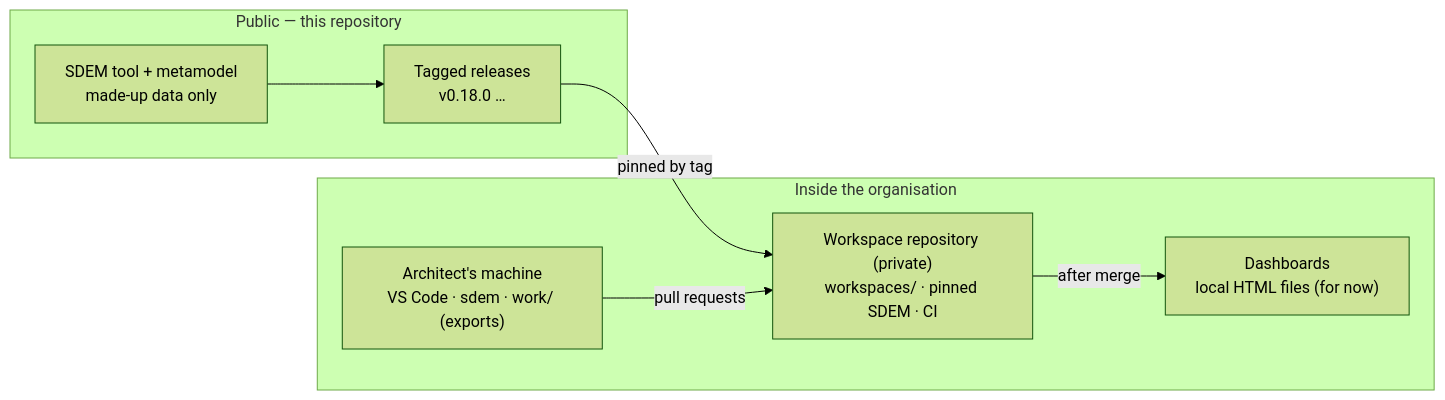
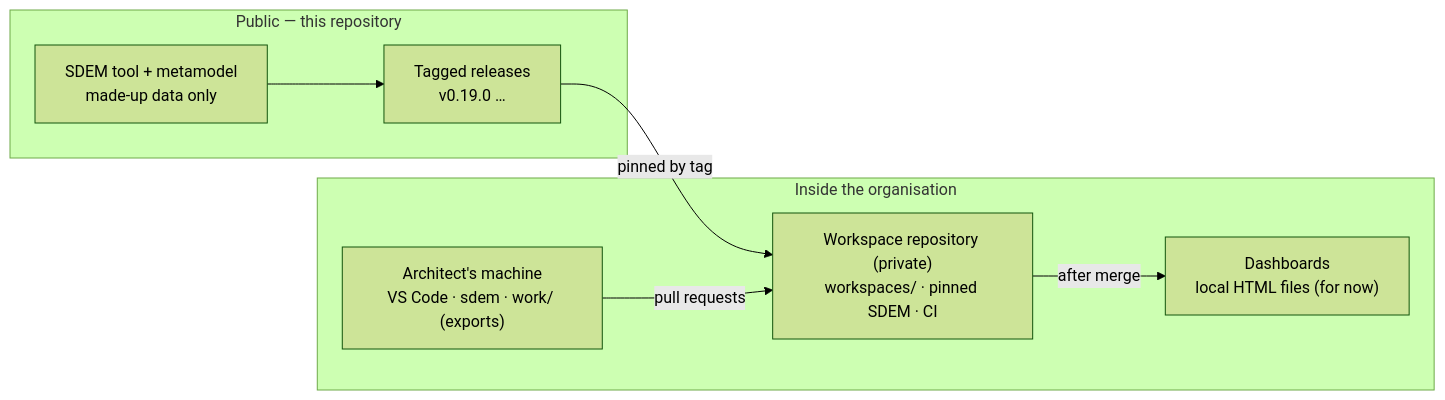
One commit to taumoeps/bian-sdem-framework changed the diagram in docs/sdem-operating-model.md. Above: the diagram before and after it, drawn with Mermaid (forest theme). The commit also changed other lines of this file and 45 other files, not shown here.

````diff
--- a/docs/sdem-operating-model.md
+++ b/docs/sdem-operating-model.md
@@ -7,14 +7,14 @@
 ```mermaid
 flowchart LR
     subgraph PUB["Public — this repository"]
-      T["SDEM tool + metamodel<br/>made-up data only"] --> REL["Tagged releases<br/>v0.18.0 …"]
+      T["SDEM tool + metamodel<br/>made-up data only"] --> REL["Tagged releases<br/>v0.19.0 …"]
     end
     subgraph ORG["Inside the organisation"]
       ER["Workspace repository (private)<br/>workspaces/ · pinned SDEM · CI"]
       WS["Architect's machine<br/>VS Code · sdem · work/ (exports)"]
       H["Dashboards<br/>local HTML files (for now)"]
     end
     REL -- "pinned by tag" --> ER
     WS -- "pull requests" --> ER
     ER -- "after merge" --> H
 ```
````
